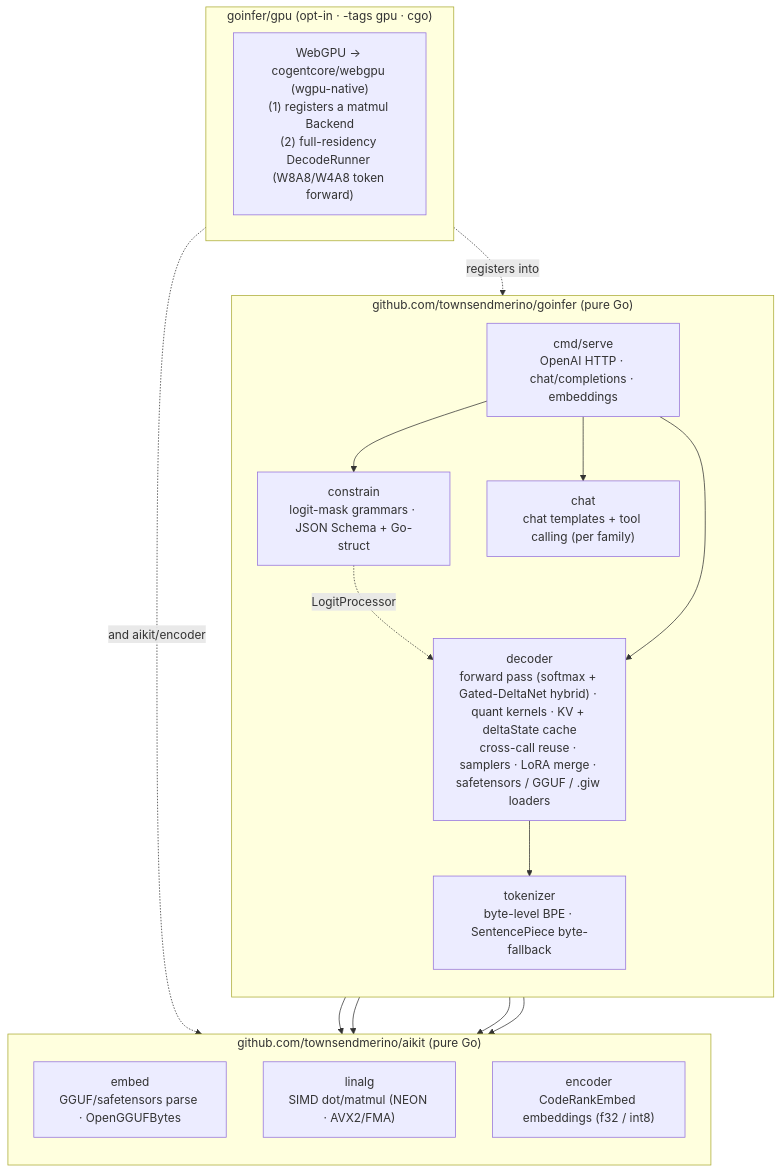
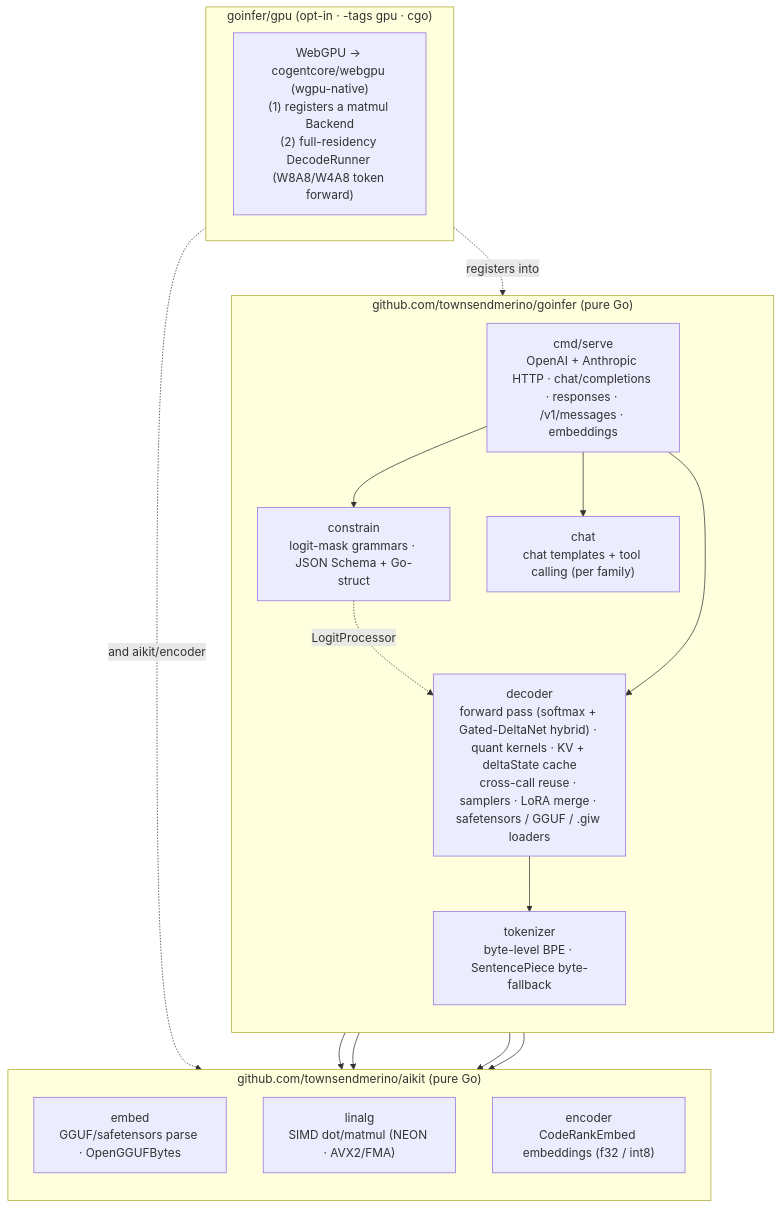
One commit to townsendmerino/goinfer changed the third of 3 diagrams in docs/ARCHITECTURE.md. Above: the diagram before and after it, drawn with Mermaid. The commit also changed other lines of this file and 11 other files, not shown here.

````diff
--- a/docs/ARCHITECTURE.md
+++ b/docs/ARCHITECTURE.md
@@ -147,34 +149,34 @@
 ```mermaid
 flowchart TB
   subgraph GOINFER["github.com/townsendmerino/goinfer  (pure Go)"]
     direction TB
     DEC["decoder<br/>forward pass (softmax + Gated-DeltaNet hybrid) · quant kernels · KV + deltaState cache<br/>cross-call reuse · samplers · LoRA merge · safetensors / GGUF / .giw loaders"]
     TKN["tokenizer<br/>byte-level BPE · SentencePiece byte-fallback"]
     CON["constrain<br/>logit-mask grammars · JSON Schema + Go-struct"]
     CHT["chat<br/>chat templates + tool calling (per family)"]
-    SRV["cmd/serve<br/>OpenAI HTTP · chat/completions · embeddings"]
+    SRV["cmd/serve<br/>OpenAI + Anthropic HTTP · chat/completions · responses · /v1/messages · embeddings"]
     DEC --> TKN
     CON -. "LogitProcessor" .-> DEC
     SRV --> DEC
     SRV --> CHT
     SRV --> CON
   end
 
   subgraph AIKIT["github.com/townsendmerino/aikit  (pure Go)"]
     direction TB
     EMBP["embed<br/>GGUF/safetensors parse · OpenGGUFBytes"]
     LIN["linalg<br/>SIMD dot/matmul (NEON · AVX2/FMA)"]
     ENC["encoder<br/>CodeRankEmbed embeddings (f32 / int8)"]
   end
 
   DEC --> EMBP
   DEC --> LIN
   TKN --> EMBP
   SRV --> ENC
 
   subgraph GPU["goinfer/gpu  (opt-in · -tags gpu · cgo)"]
     WG["WebGPU → cogentcore/webgpu (wgpu-native)<br/>(1) registers a matmul Backend<br/>(2) full-residency DecodeRunner (W8A8/W4A8 token forward)"]
   end
   GPU -. "registers into" .-> DEC
   GPU -. "and aikit/encoder" .-> AIKIT
 ```
````
